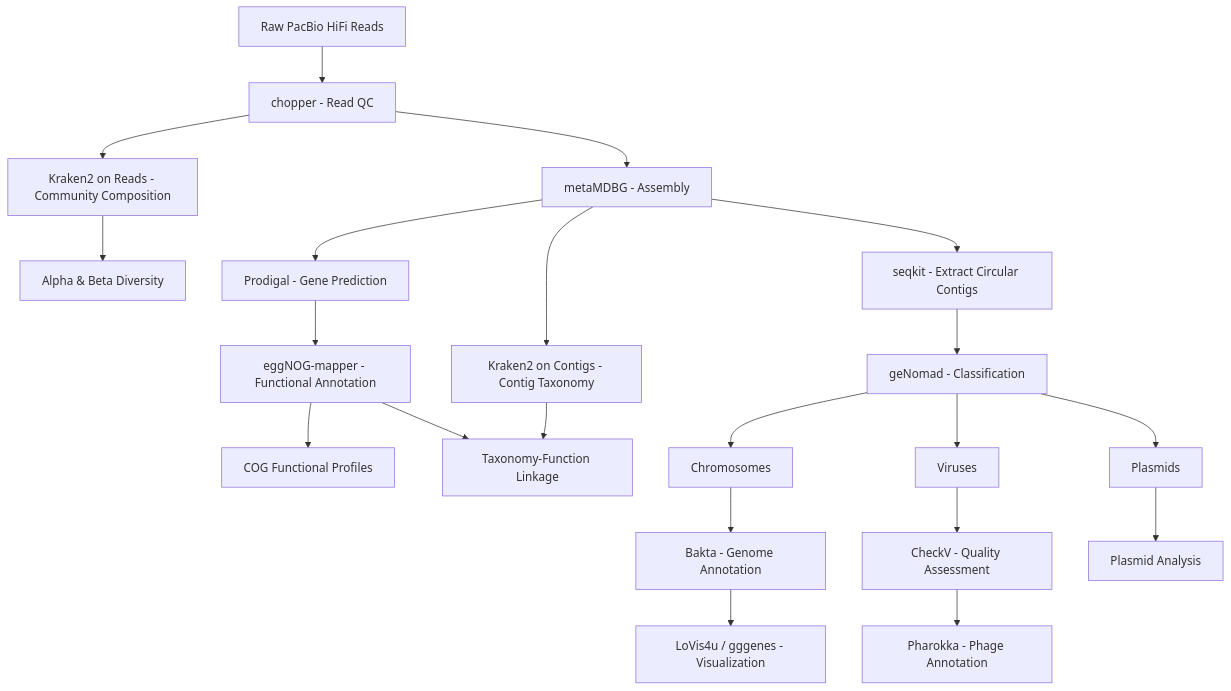
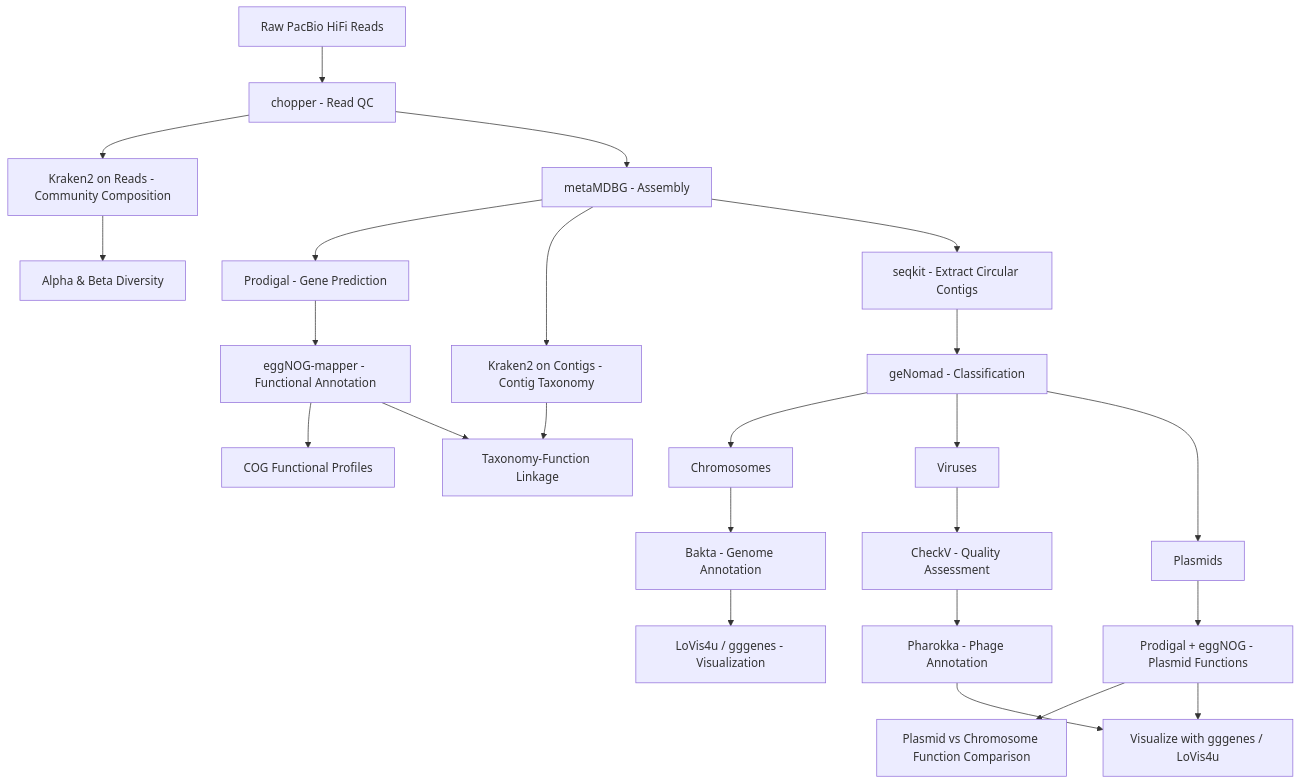
One commit to andrewbudge/biocrust_metagenomics changed the diagram in biocrust_metagenomics.Rmd. Above: the diagram before and after it, drawn with Mermaid. The commit also changed 1 other file, not shown here.

Commit message:
missed a few steps in the pipeline. updated.

````diff
--- a/biocrust_metagenomics.Rmd
+++ b/biocrust_metagenomics.Rmd
@@ -277,23 +277,26 @@
 ```{mermaid}
 flowchart TD
     A[Raw PacBio HiFi Reads] --> B[chopper - Read QC]
     B --> C[Kraken2 on Reads - Community Composition]
     B --> D[metaMDBG - Assembly]
     C --> C1[Alpha & Beta Diversity]
     D --> E[Prodigal - Gene Prediction]
     E --> F[eggNOG-mapper - Functional Annotation]
     D --> G[Kraken2 on Contigs - Contig Taxonomy]
     D --> H[seqkit - Extract Circular Contigs]
     H --> I[geNomad - Classification]
     I --> J[Chromosomes]
     I --> K[Viruses]
     I --> L[Plasmids]
     J --> M[Bakta - Genome Annotation]
     M --> N[LoVis4u / gggenes - Visualization]
     K --> O[CheckV - Quality Assessment]
     O --> P[Pharokka - Phage Annotation]
-    L --> Q[Plasmid Analysis]
+    L --> Q[Prodigal + eggNOG - Plasmid Functions]
+    Q --> Q2[Plasmid vs Chromosome Function Comparison]
     F --> R[COG Functional Profiles]
     G --> S[Taxonomy-Function Linkage]
     F --> S
+    P --> T[Visualize with gggenes / LoVis4u]
+    Q --> T
 ```
````
